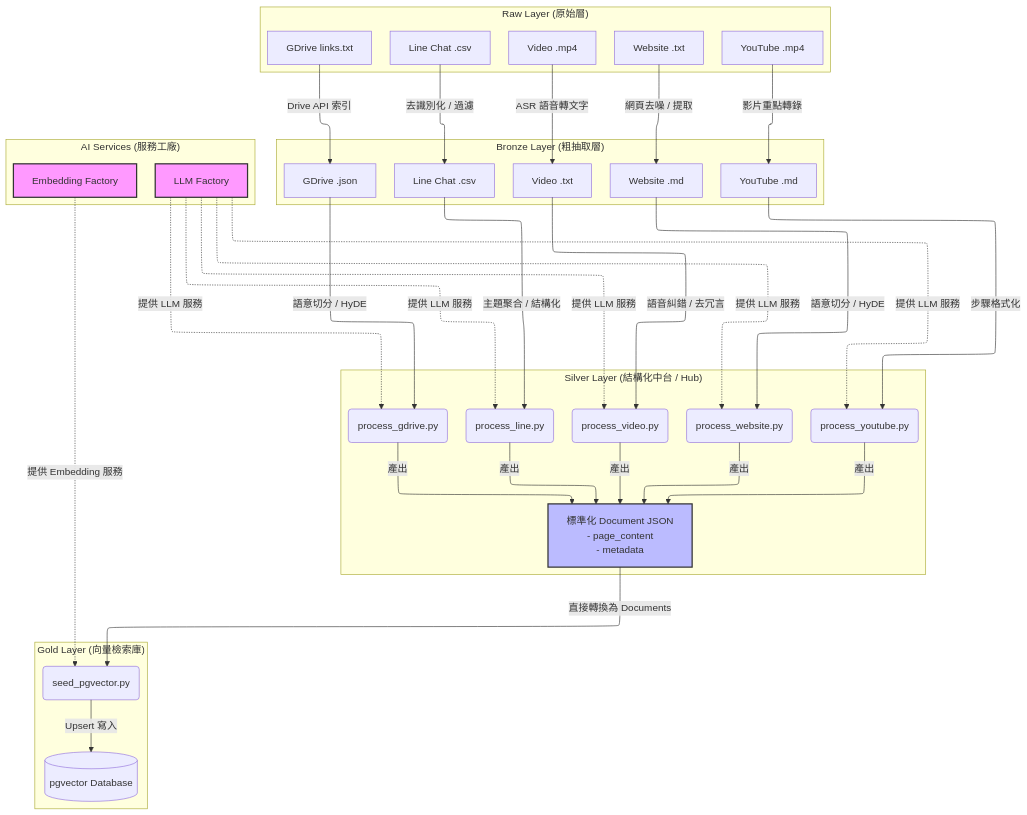
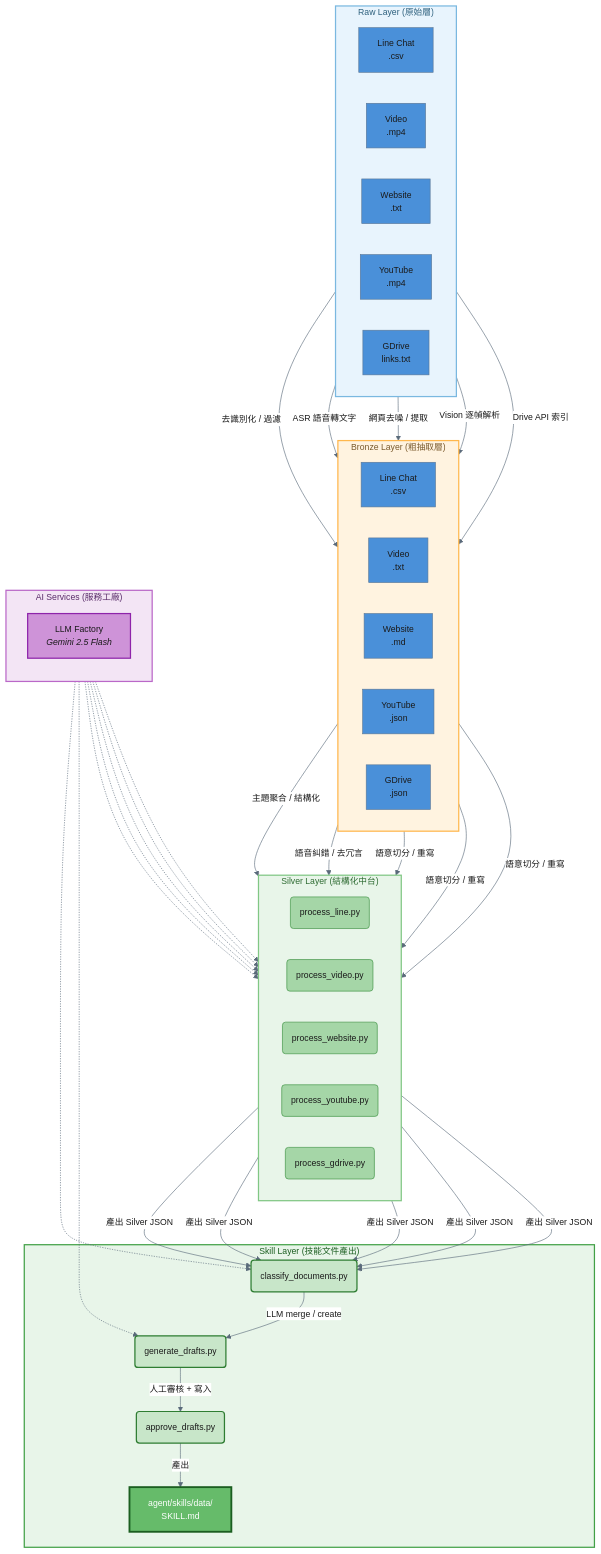
The diagram in data/docs/manuals/架構書.md (sunnyDataScience/Smart-Lock_AI_Support_Service_Dispatch_SaaS_Platform), drawn with Mermaid before and after one commit. The commit also changed other lines of this file and 310 other files, not shown here.

First line of the commit message:
refactor: replace agent/ with agent_skills/, data/ with data_skills/

````diff
--- a/data/docs/manuals/架構書.md
+++ b/data/docs/manuals/架構書.md
@@ -8,68 +8,89 @@
 ```mermaid
 ---
 config:
-  layout: elk
+  layout: dagre
+  theme: base
+  themeVariables:
+    primaryColor: '#4A90D9'
+    primaryTextColor: '#1a1a1a'
+    lineColor: '#5A6A7A'
+    edgeLabelBackground: '#ffffff'
+    tertiaryTextColor: '#1a1a1a'
+    fontSize: 14px
 ---
 graph TD
-    subgraph "Raw Layer (原始層)"
-        A1[Line Chat .csv]
-        A2[Video .mp4]
-        A3[Website .txt]
-        A4[YouTube .mp4]
-        A5[GDrive links.txt]
+    subgraph RAW ["Raw Layer (原始層)"]
+        direction LR
+        A1["Line Chat<br/>.csv"]
+        A2["Video<br/>.mp4"]
+        A3["Website<br/>.txt"]
+        A4["YouTube<br/>.mp4"]
+        A5["GDrive<br/>links.txt"]
     end
 
-    subgraph "Bronze Layer (粗抽取層)"
-        B1[Line Chat .csv]
-        B2[Video .txt]
-        B3[Website .md]
-        B4[YouTube .md]
-        B5[GDrive .json]
+    subgraph BRONZE ["Bronze Layer (粗抽取層)"]
+        direction LR
+        B1["Line Chat<br/>.csv"]
+        B2["Video<br/>.txt"]
+        B3["Website<br/>.md"]
+        B4["YouTube<br/>.json"]
+        B5["GDrive<br/>.json"]
     end
 
-    subgraph "AI Services (服務工廠)"
-        LLM_F[LLM Factory]
-        EMB_F[Embedding Factory]
+    subgraph SILVER ["Silver Layer (結構化中台)"]
+        direction LR
+        C1("process_line.py")
+        C2("process_video.py")
+        C3("process_website.py")
+        C4("process_youtube.py")
+        C5("process_gdrive.py")
     end
 
-    subgraph "Silver Layer (結構化中台 / Hub)"
-        C1(process_line.py)
-        C2(process_video.py)
-        C3(process_website.py)
-        C4(process_youtube.py)
-        C5(process_gdrive.py)
-
-        D[標準化 Document JSON<br/>- page_content<br/>- metadata]
+    subgraph SKILL ["Skill Layer (技能文件產出)"]
+        E1("classify_documents.py")
+        E2("generate_drafts.py")
+        E3("approve_drafts.py")
+        F["agent/skills/data/<br/>SKILL.md"]
     end
 
-    subgraph "Gold Layer (向量檢索庫)"
-        E(seed_pgvector.py)
-        F[(pgvector Database)]
+    A1 -->|"去識別化 / 過濾"| B1
+    A2 -->|"ASR 語音轉文字"| B2
+    A3 -->|"網頁去噪 / 提取"| B3
+    A4 -->|"Vision 逐幀解析"| B4
+    A5 -->|"Drive API 索引"| B5
+
+    B1 -->|"主題聚合 / 結構化"| C1
+    B2 -->|"語音糾錯 / 去冗言"| C2
+    B3 -->|"語意切分 / 重寫"| C3
+    B4 -->|"語意切分 / 重寫"| C4
+    B5 -->|"語意切分 / 重寫"| C5
+
+    C1 & C2 & C3 & C4 & C5 -->|"產出 Silver JSON"| E1
+    E1 -->|"LLM merge / create"| E2
+    E2 -->|"人工審核 + 寫入"| E3
+    E3 -->|"產出"| F
+
+    subgraph AI ["AI Services (服務工廠)"]
+        direction TB
+        LLM_F["LLM Factory<br/><i>Gemini 2.5 Flash</i>"]
     end
 
-    A1 -->|去識別化 / 過濾| B1
-    A2 -->|ASR 語音轉文字| B2
-    A3 -->|網頁去噪 / 提取| B3
-    A4 -->|影片重點轉錄| B4
-    A5 -->|Drive API 索引| B5
+    LLM_F -.-> C1 & C2 & C3 & C4 & C5
+    LLM_F -.-> E1 & E2
 
-    B1 -->|主題聚合 / 結構化| C1
-    B2 -->|語音糾錯 / 去冗言| C2
-    B3 -->|語意切分 / HyDE| C3
-    B4 -->|步驟格式化| C4
-    B5 -->|語意切分 / HyDE| C5
-
-    LLM_F -.->|提供 LLM 服務| C1 & C2 & C3 & C4 & C5
-
-    C1 & C2 & C3 & C4 & C5 -->|產出| D
-
-    D -->|直接轉換為 Documents| E
-
-    EMB_F -.->|提供 Embedding 服務| E
-
-    E -->|Upsert 寫入| F
-
-    style LLM_F fill:#f9f,stroke:#333,stroke-width:2px
-    style EMB_F fill:#f9f,stroke:#333,stroke-width:2px
-    style D fill:#bbf,stroke:#333,stroke-width:2px
+    style RAW fill:#E8F4FD,stroke:#7AB8E0,stroke-width:2px,color:#2C5F7C
+    style BRONZE fill:#FFF3E0,stroke:#FFB74D,stroke-width:2px,color:#7A5A2C
+    style SILVER fill:#E8F5E9,stroke:#81C784,stroke-width:2px,color:#2E6B32
+    style SKILL fill:#E8F5E9,stroke:#43A047,stroke-width:2px,color:#1B5E20
+    style AI fill:#F3E5F5,stroke:#BA68C8,stroke-width:2px,color:#5A2D6A
+    style LLM_F fill:#CE93D8,stroke:#8E24AA,stroke-width:2px,color:#1a1a1a
+    style C1 fill:#A5D6A7,stroke:#388E3C,stroke-width:1px
+    style C2 fill:#A5D6A7,stroke:#388E3C,stroke-width:1px
+    style C3 fill:#A5D6A7,stroke:#388E3C,stroke-width:1px
+    style C4 fill:#A5D6A7,stroke:#388E3C,stroke-width:1px
+    style C5 fill:#A5D6A7,stroke:#388E3C,stroke-width:1px
+    style E1 fill:#C8E6C9,stroke:#2E7D32,stroke-width:2px
+    style E2 fill:#C8E6C9,stroke:#2E7D32,stroke-width:2px
+    style E3 fill:#C8E6C9,stroke:#2E7D32,stroke-width:2px
+    style F fill:#66BB6A,stroke:#1B5E20,stroke-width:3px,color:#FFFFFF
 ```
````
